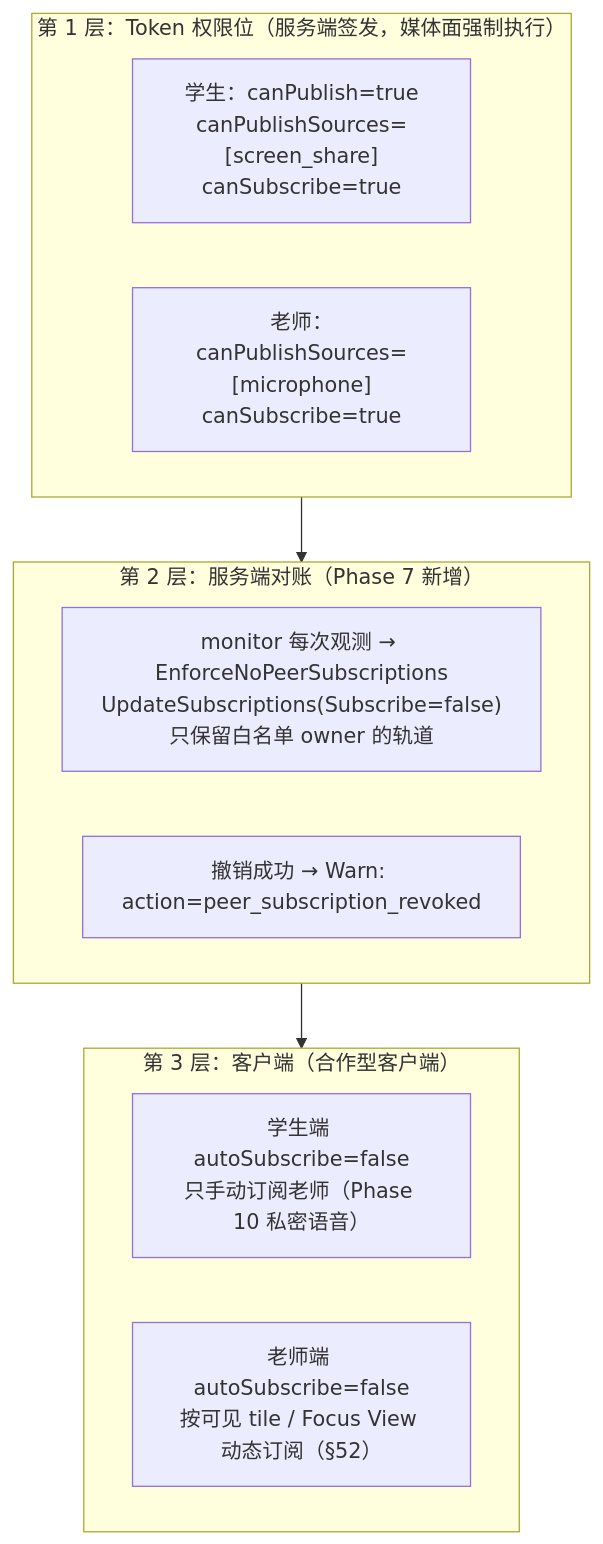
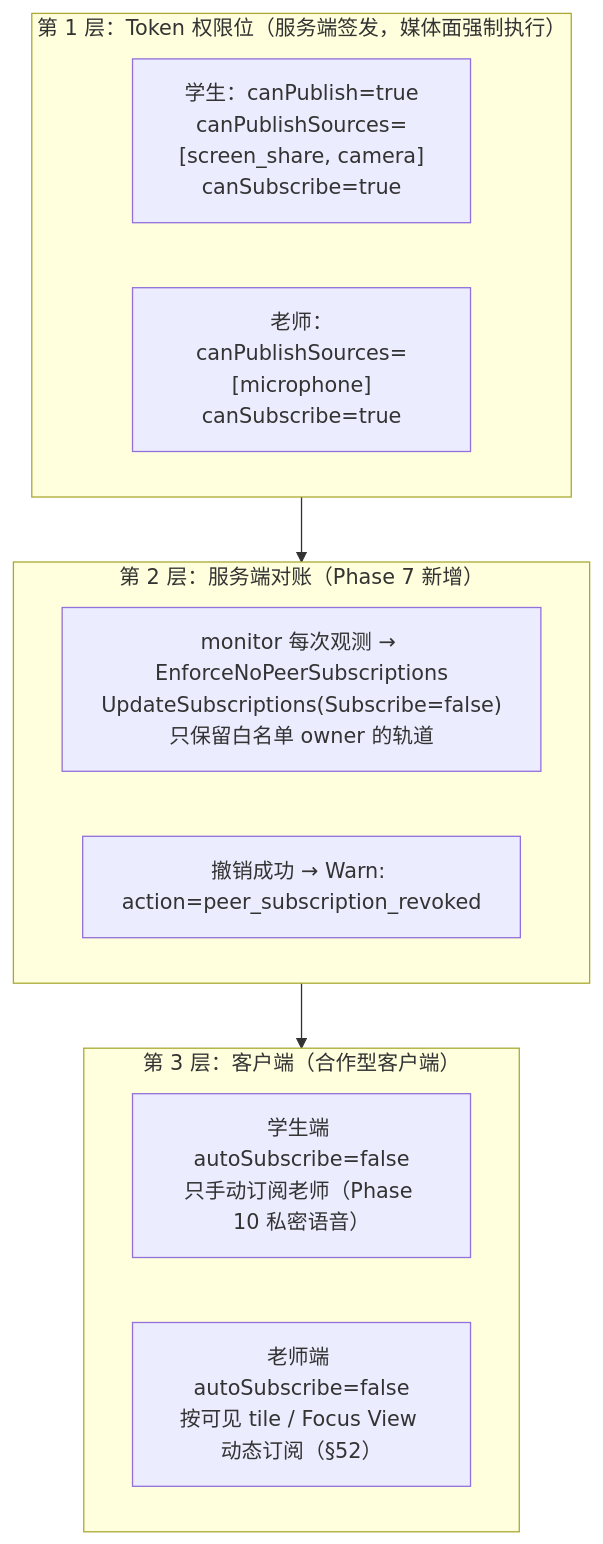
Before and after one commit to TingLeson/monitor-class: the first of 3 diagrams in docs/media/track-permissions.md, drawn with Mermaid. The commit also changed other lines of this file and 46 other files, not shown here.

````diff
--- a/docs/media/track-permissions.md
+++ b/docs/media/track-permissions.md
@@ -20,16 +23,16 @@
 ```mermaid
 flowchart TB
     subgraph L1["第 1 层：Token 权限位（服务端签发，媒体面强制执行）"]
-        T1["学生：canPublish=true<br/>canPublishSources=[screen_share]<br/>canSubscribe=true"]
+        T1["学生：canPublish=true<br/>canPublishSources=[screen_share, camera]<br/>canSubscribe=true"]
         T2["老师：canPublishSources=[microphone]<br/>canSubscribe=true"]
     end
     subgraph L2["第 2 层：服务端对账（Phase 7 新增）"]
         U1["monitor 每次观测 → EnforceNoPeerSubscriptions<br/>UpdateSubscriptions(Subscribe=false)<br/>只保留白名单 owner 的轨道"]
         U2["撤销成功 → Warn: action=peer_subscription_revoked"]
     end
     subgraph L3["第 3 层：客户端（合作型客户端）"]
         C1["学生端 autoSubscribe=false<br/>只手动订阅老师（Phase 10 私密语音）"]
         C2["老师端 autoSubscribe=false<br/>按可见 tile / Focus View 动态订阅（§52）"]
     end
     L1 --> L2 --> L3
 ```
````
